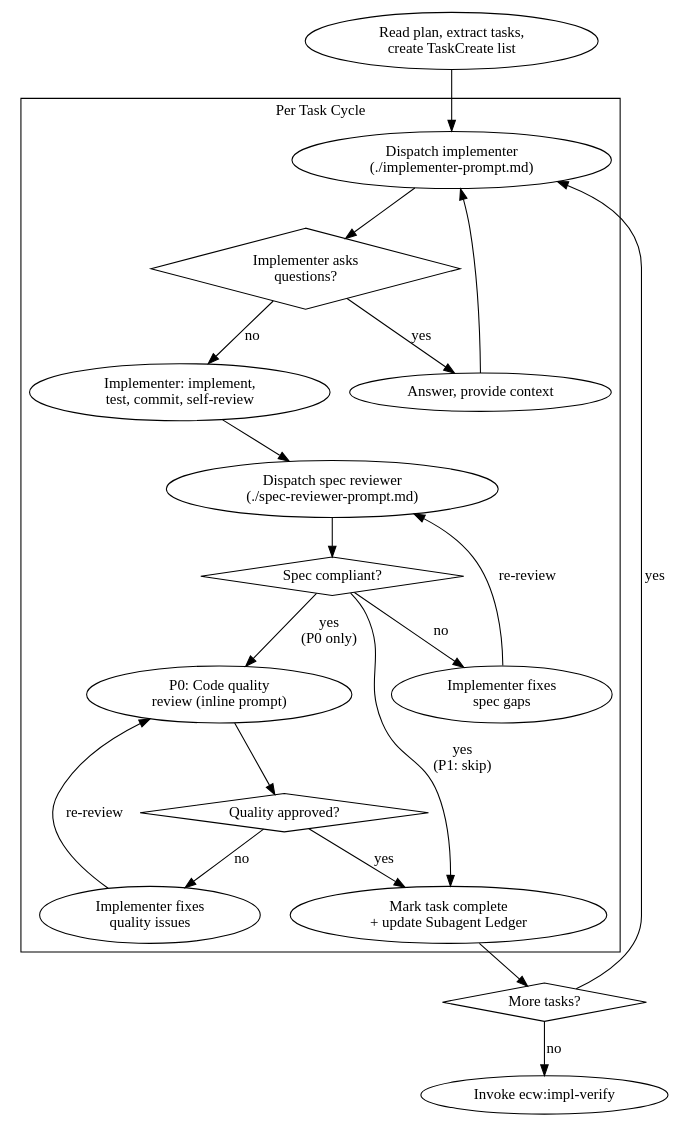
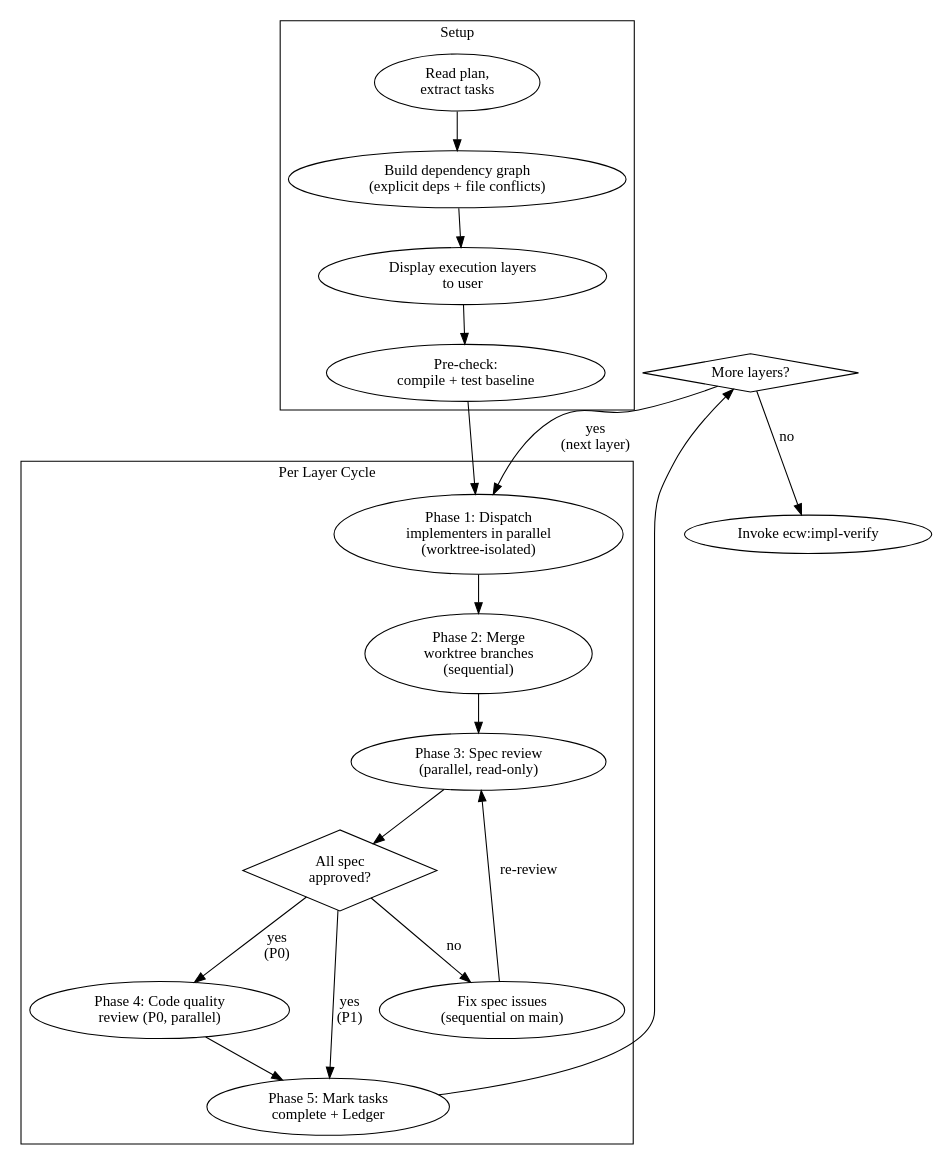
The diagram in skills/impl-orchestration/SKILL.md (Aimeerrhythm/enterprise-change-workflow), drawn with Graphviz before and after one commit. The commit also changed other lines of this file and 9 other files, not shown here.

First line of the commit message:
feat: parallel task execution for impl-orchestration (Issue-4)

````diff
--- a/skills/impl-orchestration/SKILL.md
+++ b/skills/impl-orchestration/SKILL.md
@@ -46,43 +46,40 @@
 ```dot
 digraph process {
     rankdir=TB;
 
-    subgraph cluster_per_task {
-        label="Per Task Cycle";
-        dispatch [label="Dispatch implementer\n(./implementer-prompt.md)"];
-        questions [label="Implementer asks\nquestions?" shape=diamond];
-        answer [label="Answer, provide context"];
-        implement [label="Implementer: implement,\ntest, commit, self-review"];
-        spec_review [label="Dispatch spec reviewer\n(./spec-reviewer-prompt.md)"];
-        spec_ok [label="Spec compliant?" shape=diamond];
-        spec_fix [label="Implementer fixes\nspec gaps"];
-        code_review [label="P0: Code quality\nreview (inline prompt)"];
-        code_ok [label="Quality approved?" shape=diamond];
-        code_fix [label="Implementer fixes\nquality issues"];
-        mark_done [label="Mark task complete\n+ update Subagent Ledger"];
+    subgraph cluster_setup {
+        label="Setup";
+        read_plan [label="Read plan,\nextract tasks"];
+        build_graph [label="Build dependency graph\n(explicit deps + file conflicts)"];
+        show_layers [label="Display execution layers\nto user"];
+        precheck [label="Pre-check:\ncompile + test baseline"];
+        read_plan -> build_graph -> show_layers -> precheck;
     }
 
-    init [label="Read plan, extract tasks,\ncreate TaskCreate list"];
-    more [label="More tasks?" shape=diamond];
+    subgraph cluster_layer {
+        label="Per Layer Cycle";
+        dispatch_parallel [label="Phase 1: Dispatch\nimplementers in parallel\n(worktree-isolated)"];
+        merge [label="Phase 2: Merge\nworktree branches\n(sequential)"];
+        review_parallel [label="Phase 3: Spec review\n(parallel, read-only)"];
+        fix_issues [label="Fix spec issues\n(sequential on main)"];
+        review_ok [label="All spec\napproved?" shape=diamond];
+        code_quality [label="Phase 4: Code quality\nreview (P0, parallel)"];
+        complete_layer [label="Phase 5: Mark tasks\ncomplete + Ledger"];
+
+        dispatch_parallel -> merge -> review_parallel -> review_ok;
+        review_ok -> fix_issues [label="no"];
+        fix_issues -> review_parallel [label="re-review"];
+        review_ok -> code_quality [label="yes\n(P0)"];
+        review_ok -> complete_layer [label="yes\n(P1)"];
+        code_quality -> complete_layer;
+    }
+
+    more [label="More layers?" shape=diamond];
     impl_verify [label="Invoke ecw:impl-verify"];
 
-    init -> dispatch;
-    dispatch -> questions;
-    questions -> answer [label="yes"];
-    answer -> dispatch;
-    questions -> implement [label="no"];
-    implement -> spec_review;
-    spec_review -> spec_ok;
-    spec_ok -> spec_fix [label="no"];
-    spec_fix -> spec_review [label="re-review"];
-    spec_ok -> code_review [label="yes\n(P0 only)"];
-    spec_ok -> mark_done [label="yes\n(P1: skip)"];
-    code_review -> code_ok;
-    code_ok -> code_fix [label="no"];
-    code_fix -> code_review [label="re-review"];
-    code_ok -> mark_done [label="yes"];
-    mark_done -> more;
-    more -> dispatch [label="yes"];
+    precheck -> dispatch_parallel;
+    complete_layer -> more;
+    more -> dispatch_parallel [label="yes\n(next layer)"];
     more -> impl_verify [label="no"];
 }
 ```
````
